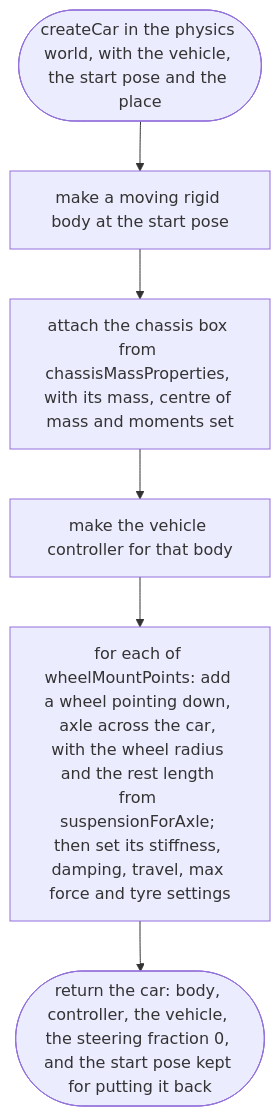
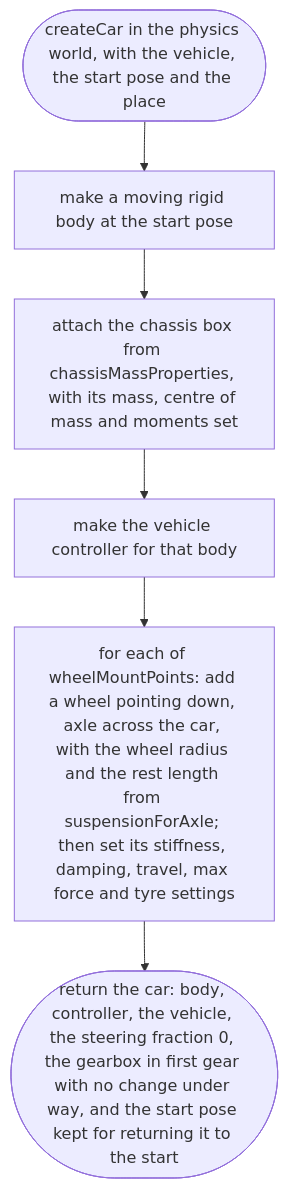
The second of 9 diagrams in docs/designs/src/vehicle/car.md (NewDara-Star/world-engine), drawn with Mermaid before and after one commit. The commit also changed other lines of this file and 41 other files, not shown here.

````diff
--- a/docs/designs/src/vehicle/car.md
+++ b/docs/designs/src/vehicle/car.md
@@ -41,10 +46,10 @@
 ```mermaid
 flowchart TD
   s(["createCar in the physics world, with the vehicle, the start pose and the place"])
   a["make a moving rigid body at the start pose"]
   b["attach the chassis box from chassisMassProperties, with its mass, centre of mass and moments set"]
   c["make the vehicle controller for that body"]
   d["for each of wheelMountPoints: add a wheel pointing down, axle across the car, with the wheel radius and the rest length from suspensionForAxle; then set its stiffness, damping, travel, max force and tyre settings"]
-  e(["return the car: body, controller, the vehicle, the steering fraction 0, and the start pose kept for putting it back"])
+  e(["return the car: body, controller, the vehicle, the steering fraction 0, the gearbox in first gear with no change under way, and the start pose kept for returning it to the start"])
   s --> a --> b --> c --> d --> e
 ```
````
